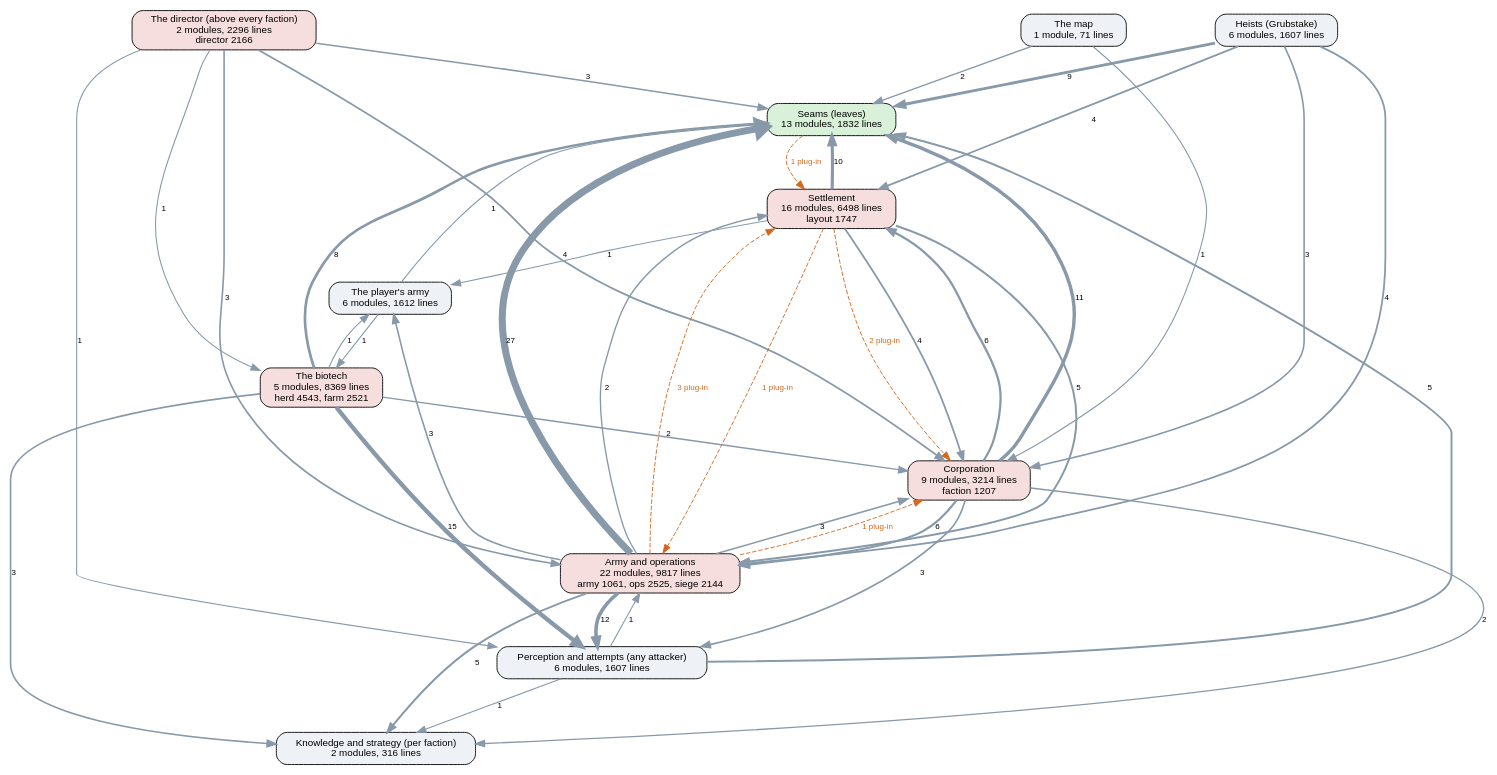
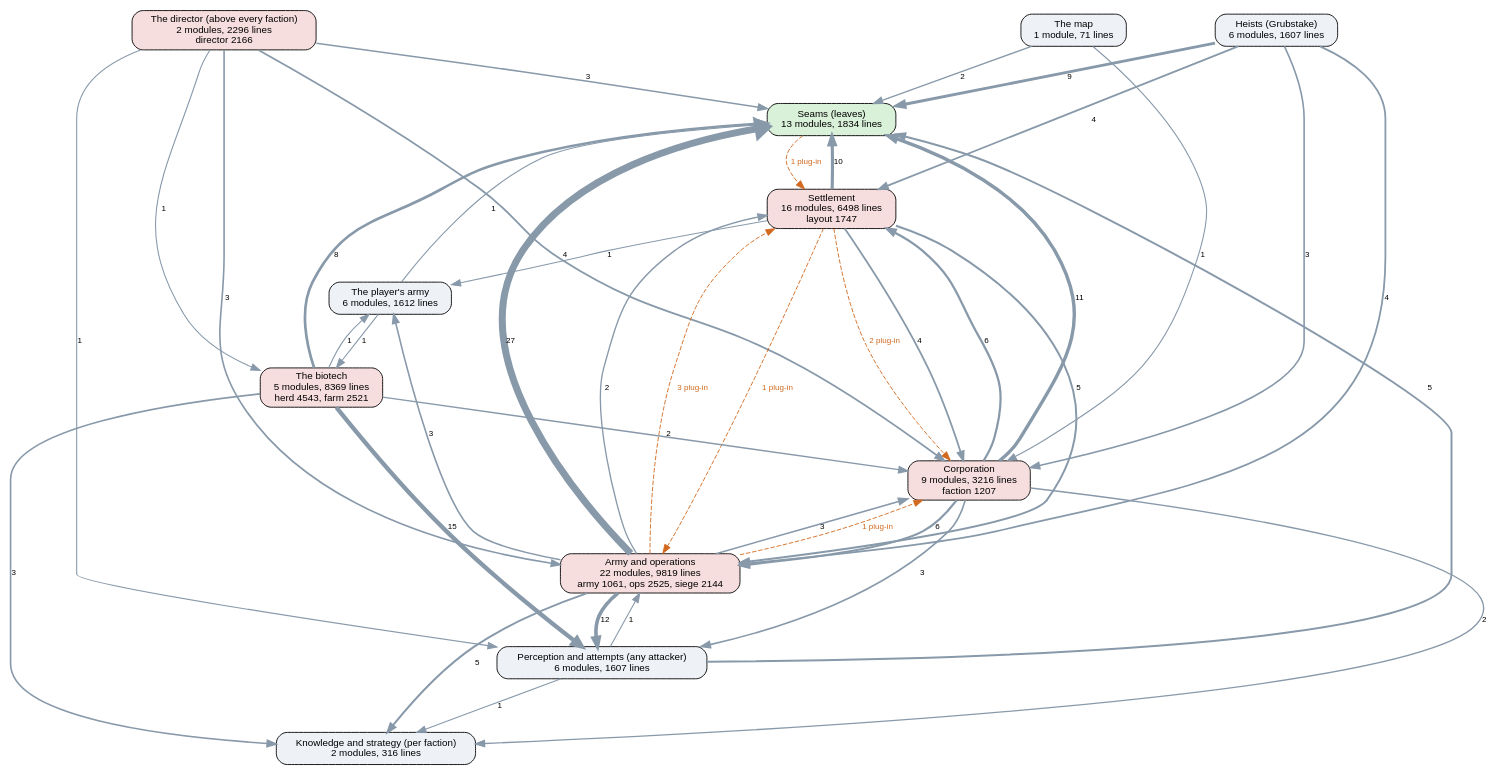
The diagram in docs/ai-layers.dot (kinelhu/landing-party), drawn with Graphviz before and after one commit. The commit also changed 21 other files, not shown here.

```diff
--- a/docs/ai-layers.dot
+++ b/docs/ai-layers.dot
@@ -1,57 +1,57 @@
 digraph layers {
   graph [rankdir=TB, fontname="Helvetica", nodesep=0.5, ranksep=0.7];
   node [shape=box, style="rounded,filled", fontname="Helvetica", fontsize=11, fillcolor="#eef2f7"];
   edge [color="#8899aa", fontname="Helvetica", fontsize=9];
-  "Seams (leaves)" [label="Seams (leaves)\n13 modules, 1832 lines", fillcolor="#d9f0d9"];
+  "Seams (leaves)" [label="Seams (leaves)\n13 modules, 1834 lines", fillcolor="#d9f0d9"];
   "Perception and attempts (any attacker)" [label="Perception and attempts (any attacker)\n6 modules, 1607 lines", fillcolor="#eef2f7"];
   "Knowledge and strategy (per faction)" [label="Knowledge and strategy (per faction)\n2 modules, 316 lines", fillcolor="#eef2f7"];
   "The director (above every faction)" [label="The director (above every faction)\n2 modules, 2296 lines\ndirector 2166", fillcolor="#f7dede"];
-  "Corporation" [label="Corporation\n9 modules, 3214 lines\nfaction 1207", fillcolor="#f7dede"];
+  "Corporation" [label="Corporation\n9 modules, 3216 lines\nfaction 1207", fillcolor="#f7dede"];
   "Settlement" [label="Settlement\n16 modules, 6498 lines\nlayout 1747", fillcolor="#f7dede"];
-  "Army and operations" [label="Army and operations\n22 modules, 9817 lines\narmy 1061, ops 2525, siege 2144", fillcolor="#f7dede"];
+  "Army and operations" [label="Army and operations\n22 modules, 9819 lines\narmy 1061, ops 2525, siege 2144", fillcolor="#f7dede"];
   "Heists (Grubstake)" [label="Heists (Grubstake)\n6 modules, 1607 lines", fillcolor="#eef2f7"];
   "The biotech" [label="The biotech\n5 modules, 8369 lines\nherd 4543, farm 2521", fillcolor="#f7dede"];
   "The map" [label="The map\n1 module, 71 lines", fillcolor="#eef2f7"];
   "The player's army" [label="The player's army\n6 modules, 1612 lines", fillcolor="#eef2f7"];
   "Army and operations" -> "Corporation" [label="3", penwidth=1.8];
   "Army and operations" -> "Knowledge and strategy (per faction)" [label="5", penwidth=2.2];
   "Army and operations" -> "Perception and attempts (any attacker)" [label="12", penwidth=4.0];
   "Army and operations" -> "Seams (leaves)" [label="27", penwidth=7.8];
   "Army and operations" -> "Settlement" [label="2", penwidth=1.5];
   "Army and operations" -> "The player's army" [label="3", penwidth=1.8];
   "Corporation" -> "Army and operations" [label="6", penwidth=2.5];
   "Corporation" -> "Knowledge and strategy (per faction)" [label="2", penwidth=1.5];
   "Corporation" -> "Perception and attempts (any attacker)" [label="3", penwidth=1.8];
   "Corporation" -> "Seams (leaves)" [label="11", penwidth=3.8];
   "Corporation" -> "Settlement" [label="6", penwidth=2.5];
   "Heists (Grubstake)" -> "Army and operations" [label="4", penwidth=2.0];
   "Heists (Grubstake)" -> "Corporation" [label="3", penwidth=1.8];
   "Heists (Grubstake)" -> "Seams (leaves)" [label="9", penwidth=3.2];
   "Heists (Grubstake)" -> "Settlement" [label="4", penwidth=2.0];
   "Perception and attempts (any attacker)" -> "Army and operations" [label="1", penwidth=1.2];
   "Perception and attempts (any attacker)" -> "Knowledge and strategy (per faction)" [label="1", penwidth=1.2];
   "Perception and attempts (any attacker)" -> "Seams (leaves)" [label="5", penwidth=2.2];
   "Settlement" -> "Army and operations" [label="5", penwidth=2.2];
   "Settlement" -> "Corporation" [label="4", penwidth=2.0];
   "Settlement" -> "Seams (leaves)" [label="10", penwidth=3.5];
   "Settlement" -> "The player's army" [label="1", penwidth=1.2];
   "The biotech" -> "Corporation" [label="2", penwidth=1.5];
   "The biotech" -> "Knowledge and strategy (per faction)" [label="3", penwidth=1.8];
   "The biotech" -> "Perception and attempts (any attacker)" [label="15", penwidth=4.8];
   "The biotech" -> "Seams (leaves)" [label="8", penwidth=3.0];
   "The biotech" -> "The player's army" [label="1", penwidth=1.2];
   "The director (above every faction)" -> "Army and operations" [label="3", penwidth=1.8];
   "The director (above every faction)" -> "Corporation" [label="4", penwidth=2.0];
   "The director (above every faction)" -> "Perception and attempts (any attacker)" [label="1", penwidth=1.2];
   "The director (above every faction)" -> "Seams (leaves)" [label="3", penwidth=1.8];
   "The director (above every faction)" -> "The biotech" [label="1", penwidth=1.2];
   "The map" -> "Corporation" [label="1", penwidth=1.2];
   "The map" -> "Seams (leaves)" [label="2", penwidth=1.5];
   "The player's army" -> "Seams (leaves)" [label="1", penwidth=1.2];
   "The player's army" -> "The biotech" [label="1", penwidth=1.2];
   "Army and operations" -> "Corporation" [style=dashed, color="#d2691e", fontcolor="#d2691e", label="1 plug-in"];
   "Army and operations" -> "Settlement" [style=dashed, color="#d2691e", fontcolor="#d2691e", label="3 plug-in"];
   "Seams (leaves)" -> "Settlement" [style=dashed, color="#d2691e", fontcolor="#d2691e", label="1 plug-in"];
   "Settlement" -> "Army and operations" [style=dashed, color="#d2691e", fontcolor="#d2691e", label="1 plug-in"];
   "Settlement" -> "Corporation" [style=dashed, color="#d2691e", fontcolor="#d2691e", label="2 plug-in"];
 }
```
